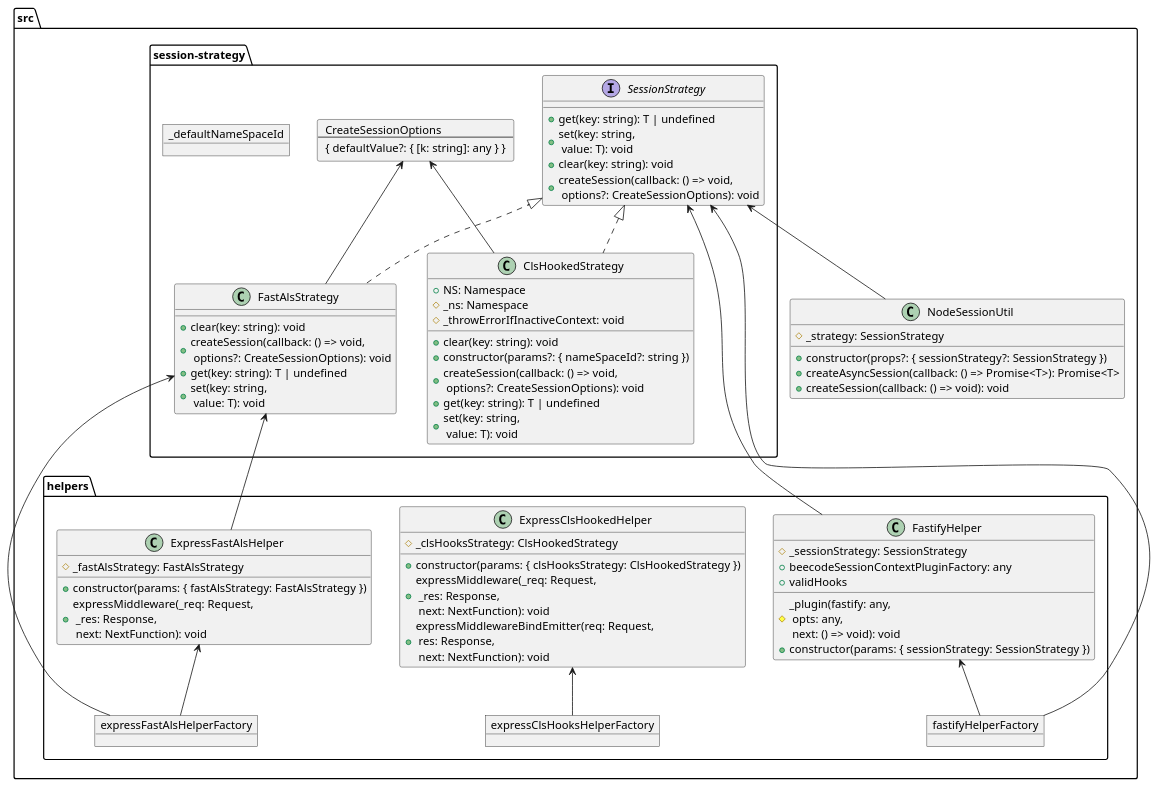
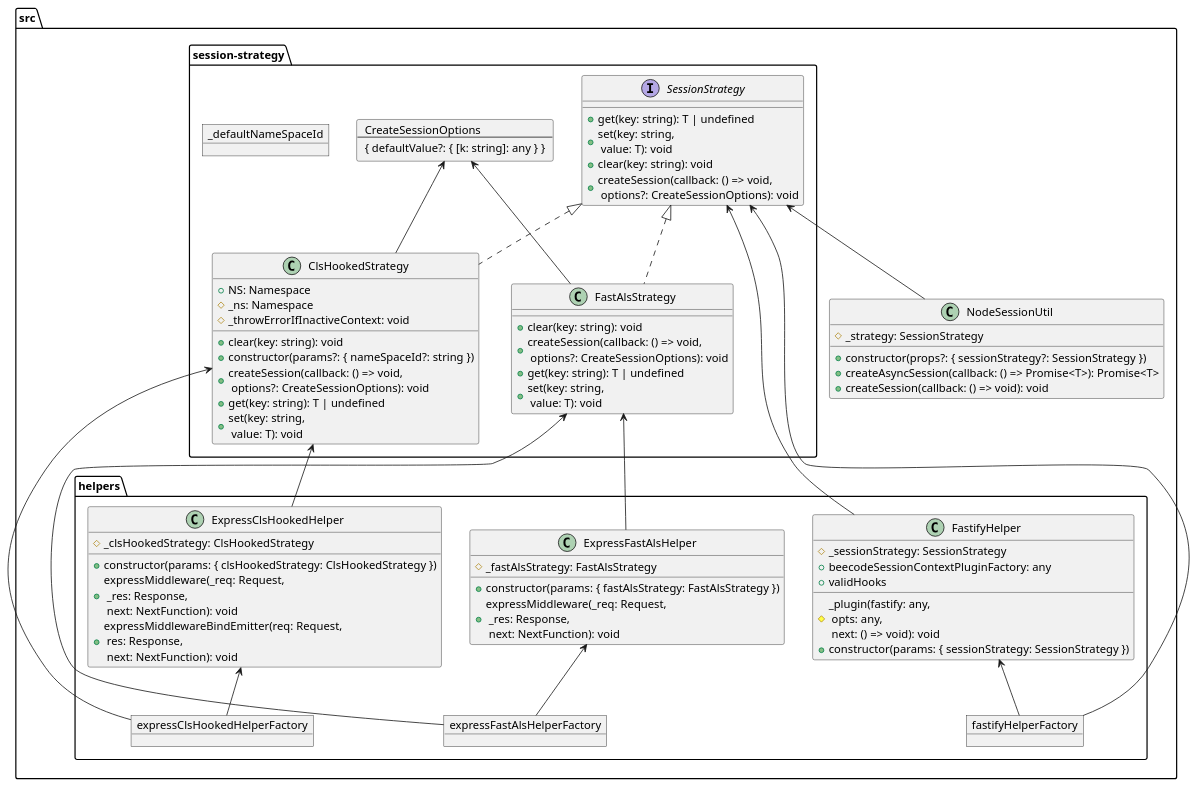
The diagram in resource/doc/vision/vision.puml (beecode-rs/msh-node-session), drawn with PlantUML before and after one commit. The commit also changed 1 other file, not shown here.

```diff
--- a/resource/doc/vision/vision.puml
+++ b/resource/doc/vision/vision.puml
@@ -1,79 +1,81 @@
 @startuml
     folder "src" as src_b874d07 {
       class "NodeSessionUtil" as node_session_util_cf9cb43b {
         # _strategy: SessionStrategy
         + constructor(props?: { sessionStrategy?: SessionStrategy })
         + createAsyncSession(callback: () => Promise<T>): Promise<T>
         + createSession(callback: () => void): void
       }
       folder "helpers" as helpers_e79980dd {
         class "ExpressClsHookedHelper" as express_cls_hooked_helper_da32a454 {
-          # _clsHooksStrategy: ClsHookedStrategy
-          + constructor(params: { clsHooksStrategy: ClsHookedStrategy })
+          # _clsHookedStrategy: ClsHookedStrategy
+          + constructor(params: { clsHookedStrategy: ClsHookedStrategy })
           + expressMiddleware(_req: Request,\n _res: Response,\n next: NextFunction): void
           + expressMiddlewareBindEmitter(req: Request,\n res: Response,\n next: NextFunction): void
         }
-        object "expressClsHooksHelperFactory" as express_cls_hooks_helper_factory_da32a454 {
+        object "expressClsHookedHelperFactory" as express_cls_hooked_helper_factory_da32a454 {
         }
         class "ExpressFastAlsHelper" as express_fast_als_helper_7b7757d4 {
           # _fastAlsStrategy: FastAlsStrategy
           + constructor(params: { fastAlsStrategy: FastAlsStrategy })
           + expressMiddleware(_req: Request,\n _res: Response,\n next: NextFunction): void
         }
         object "expressFastAlsHelperFactory" as express_fast_als_helper_factory_7b7757d4 {
         }
         class "FastifyHelper" as fastify_helper_438f46 {
           # _plugin(fastify: any,\n opts: any,\n next: () => void): void
           # _sessionStrategy: SessionStrategy
           + beecodeSessionContextPluginFactory: any
           + constructor(params: { sessionStrategy: SessionStrategy })
           + validHooks
         }
         object "fastifyHelperFactory" as fastify_helper_factory_438f46 {
         }
       }
       folder "session-strategy" as session_strategy_8743c280 {
         object "_defaultNameSpaceId" as default_name_space_id_5f19a943 {
         }
         class "ClsHookedStrategy" as cls_hooked_strategy_5f19a943 {
           + NS: Namespace
           # _ns: Namespace
           # _throwErrorIfInactiveContext: void
           + clear(key: string): void
           + constructor(params?: { nameSpaceId?: string })
           + createSession(callback: () => void,\n options?: CreateSessionOptions): void
           + get(key: string): T | undefined
           + set(key: string,\n value: T): void
         }
         class "FastAlsStrategy" as fast_als_strategy_82c98943 {
           + clear(key: string): void
           + createSession(callback: () => void,\n options?: CreateSessionOptions): void
           + get(key: string): T | undefined
           + set(key: string,\n value: T): void
         }
         card create_session_options_87f89bce [
           CreateSessionOptions
           ---
           { defaultValue?: { [k: string]: any } }
         ]
         interface "SessionStrategy" as session_strategy_87f89bce {
           + get(key: string): T | undefined
           + set(key: string,\n value: T): void
           + clear(key: string): void
           + createSession(callback: () => void,\n options?: CreateSessionOptions): void
         }
       }
     }
-  express_cls_hooks_helper_factory_da32a454 -up-> express_cls_hooked_helper_da32a454
+  express_cls_hooked_helper_da32a454 -up-> cls_hooked_strategy_5f19a943
+  express_cls_hooked_helper_factory_da32a454 -up-> cls_hooked_strategy_5f19a943
+  express_cls_hooked_helper_factory_da32a454 -up-> express_cls_hooked_helper_da32a454
   express_fast_als_helper_7b7757d4 -up-> fast_als_strategy_82c98943
   express_fast_als_helper_factory_7b7757d4 -up-> fast_als_strategy_82c98943
   express_fast_als_helper_factory_7b7757d4 -up-> express_fast_als_helper_7b7757d4
   fastify_helper_438f46 -up-> session_strategy_87f89bce
   fastify_helper_factory_438f46 -up-> session_strategy_87f89bce
   fastify_helper_factory_438f46 -up-> fastify_helper_438f46
   node_session_util_cf9cb43b -up-> session_strategy_87f89bce
   cls_hooked_strategy_5f19a943 -up-> create_session_options_87f89bce
   cls_hooked_strategy_5f19a943 .up.|> session_strategy_87f89bce
   fast_als_strategy_82c98943 -up-> create_session_options_87f89bce
   fast_als_strategy_82c98943 .up.|> session_strategy_87f89bce
 @enduml
```
